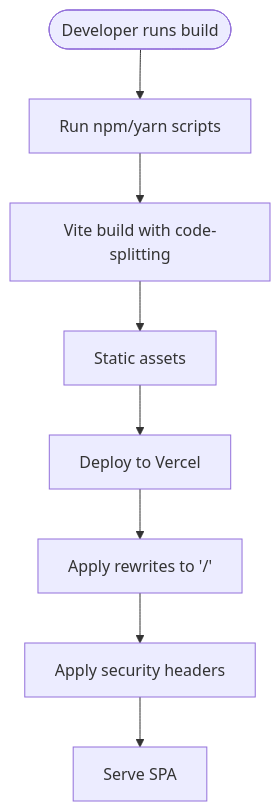
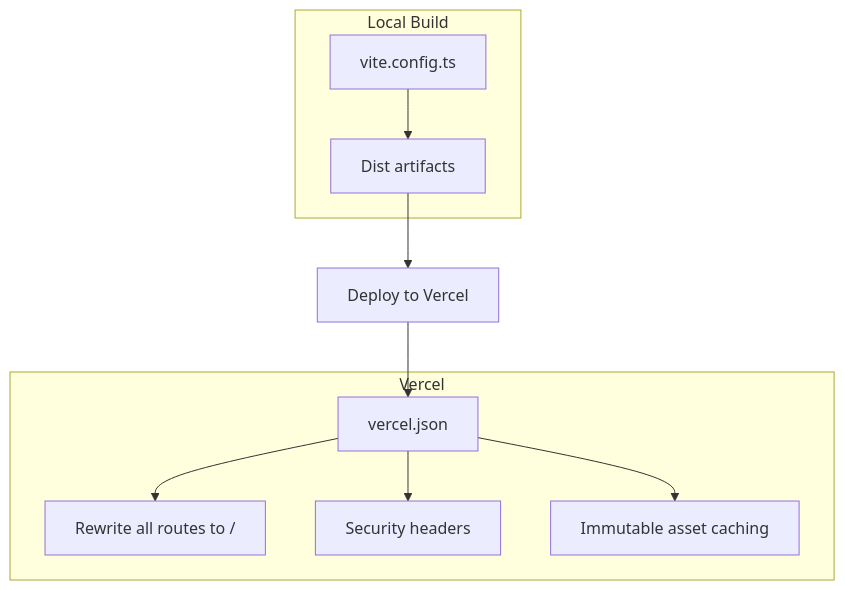
The second of 8 diagrams in .qoder/repowiki/en/content/Deployment & DevOps.md (Sebu750/adorzia-studio), drawn with Mermaid before and after one commit. The commit also changed other lines of this file and 327 other files, not shown here.

````diff
--- a/.qoder/repowiki/en/content/Deployment & DevOps.md
+++ b/.qoder/repowiki/en/content/Deployment & DevOps.md
@@ -156,10 +101,13 @@
 ```mermaid
-flowchart TD
-Start(["Developer runs build"]) --> Scripts["Run npm/yarn scripts"]
-Scripts --> ViteBuild["Vite build with code-splitting"]
-ViteBuild --> Output["Static assets"]
-Output --> VercelDeploy["Deploy to Vercel"]
-VercelDeploy --> Rewrites["Apply rewrites to '/'"]
-Rewrites --> Security["Apply security headers"]
-Security --> Serve["Serve SPA"]
+graph TB
+subgraph "Local Build"
+VC["vite.config.ts"] --> OUT["Dist artifacts"]
+end
+subgraph "Vercel"
+VERCEL["vercel.json"] --> REWRITE["Rewrite all routes to /"]
+VERCEL --> HEADERS["Security headers"]
+VERCEL --> CACHE["Immutable asset caching"]
+end
+OUT --> DEPLOY["Deploy to Vercel"]
+DEPLOY --> VERCEL
 ```
````
